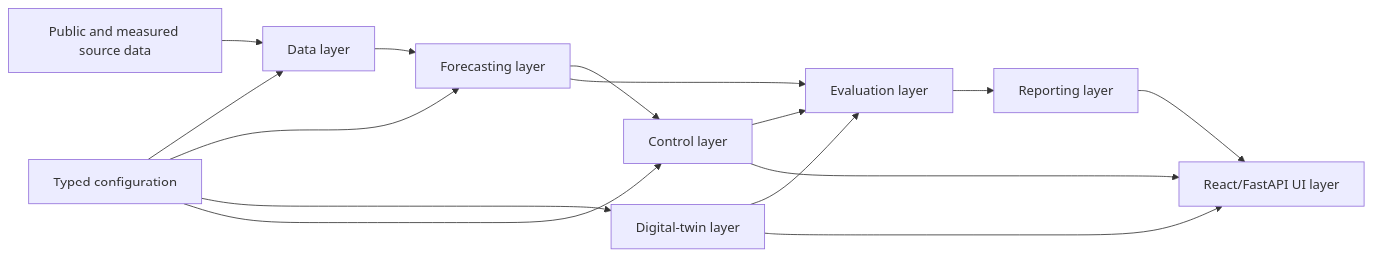
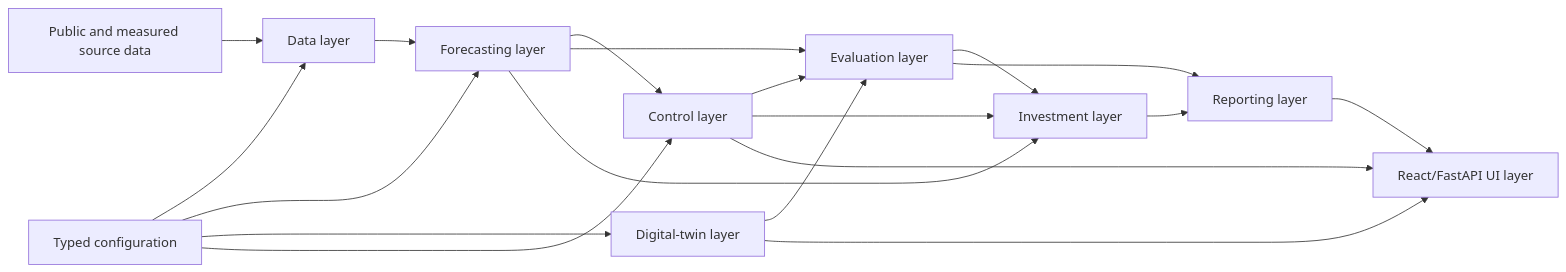
One commit to anthe8105/GreenMPC_VAIC changed the diagram in docs/ARCHITECTURE.md. Above: the diagram before and after it, drawn with Mermaid. The commit also changed other lines of this file and 83 other files, not shown here.

````diff
--- a/docs/ARCHITECTURE.md
+++ b/docs/ARCHITECTURE.md
@@ -43,17 +46,21 @@
 ```mermaid
 flowchart LR
     Raw[Public and measured source data] --> Data[Data layer]
     Data --> Forecast[Forecasting layer]
     Forecast --> Control[Control layer]
     Config[Typed configuration] --> Data
     Config --> Forecast
     Config --> Sim[Digital-twin layer]
     Config --> Control
     Sim --> Eval[Evaluation layer]
     Control --> Eval
     Forecast --> Eval
+    Eval --> Invest[Investment layer]
+    Control --> Invest
+    Forecast --> Invest
     Eval --> Report[Reporting layer]
+    Invest --> Report
     Report --> UI[React/FastAPI UI layer]
     Control --> UI
     Sim --> UI
 ```
````
